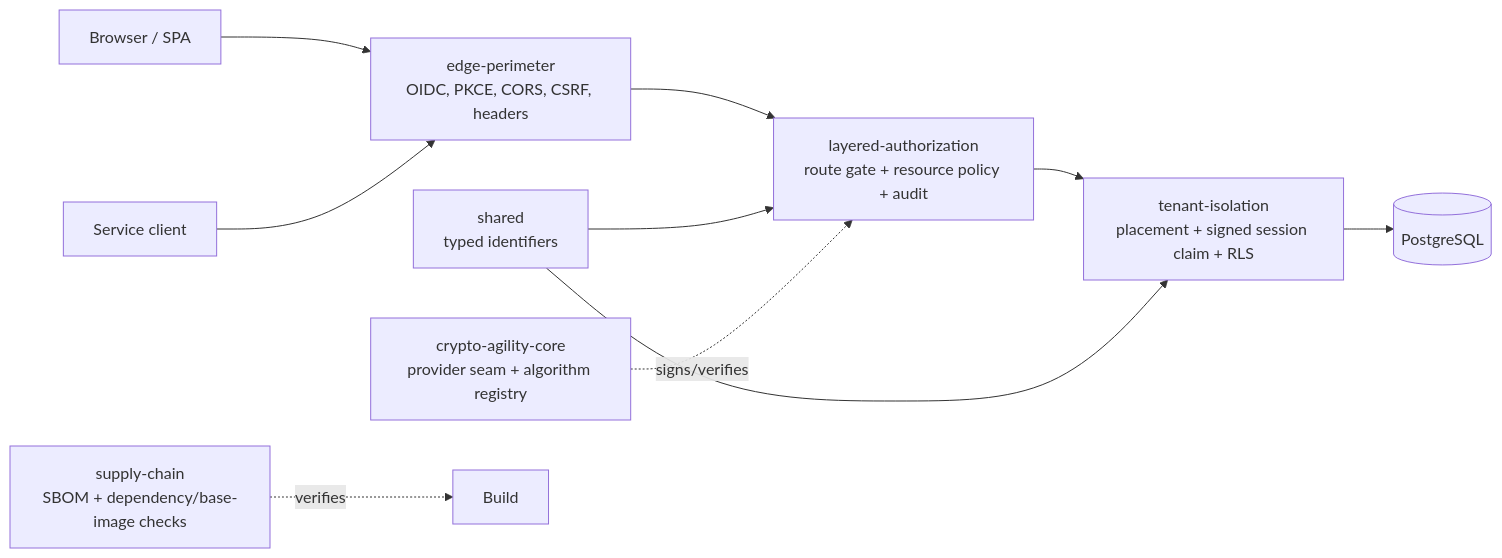
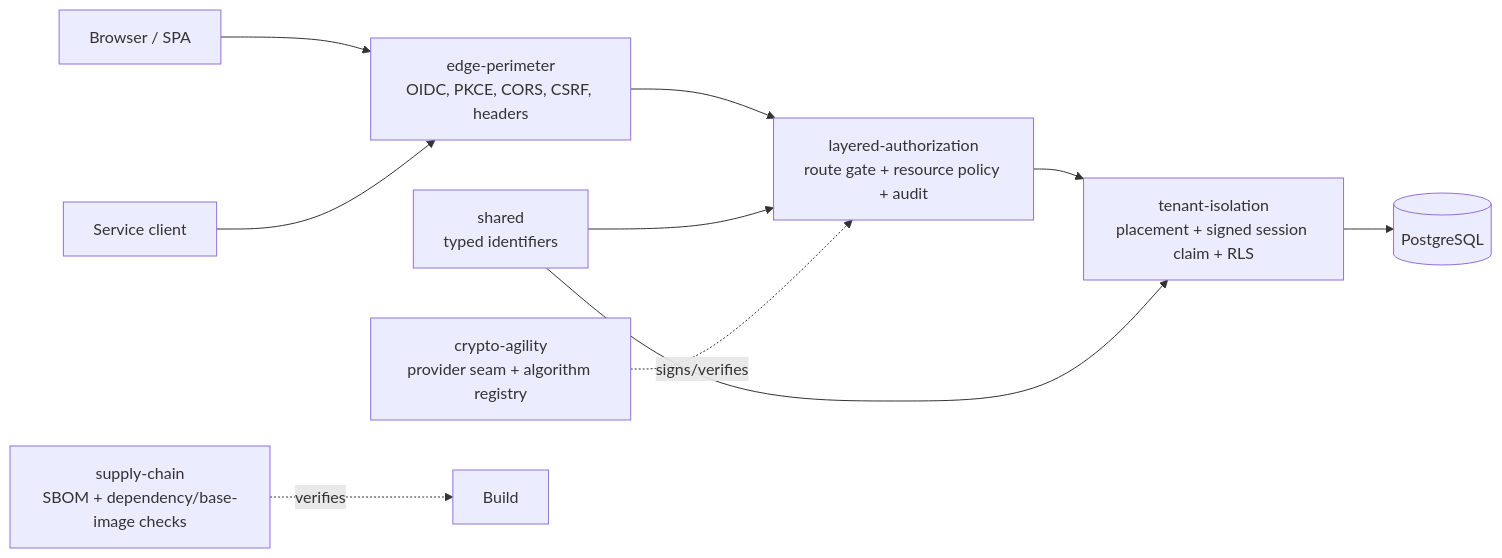
One commit to joshuamatosdev/java-security-toolkit changed the diagram in README.md. Above: the diagram before and after it, drawn with Mermaid. The commit also changed other lines of this file and 131 other files, not shown here.

````diff
--- a/README.md
+++ b/README.md
@@ -59,12 +59,12 @@
 ```mermaid
 flowchart LR
     Browser["Browser / SPA"] --> Edge["edge-perimeter<br/>OIDC, PKCE, CORS, CSRF, headers"]
     Service["Service client"] --> Edge
     Edge --> Authz["layered-authorization<br/>route gate + resource policy + audit"]
     Authz --> Tenant["tenant-isolation<br/>placement + signed session claim + RLS"]
     Tenant --> Postgres[("PostgreSQL")]
     Shared["shared<br/>typed identifiers"] --> Authz
     Shared --> Tenant
-    Crypto["crypto-agility-core<br/>provider seam + algorithm registry"] -. signs/verifies .-> Authz
+    Crypto["crypto-agility<br/>provider seam + algorithm registry"] -. signs/verifies .-> Authz
     Supply["supply-chain<br/>SBOM + dependency/base-image checks"] -. verifies .-> Build["Build"]
 ```
````
